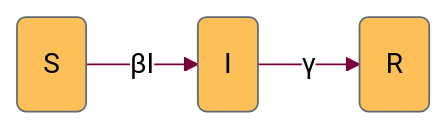
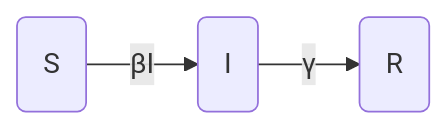
Before and after one commit to canmod/macpan2: the diagram in inst/starter_models/sir/README.md, drawn with Mermaid.

Commit message:
another mermaid test

````diff
--- a/inst/starter_models/sir/README.md
+++ b/inst/starter_models/sir/README.md
@@ -29,18 +29,5 @@
 ```mermaid
-%%{
-  init: {
-    'theme': 'base',
-    'themeVariables': {
-      'primaryColor': '#FDBF57',
-      'primaryTextColor': '#000',
-      'primaryBorderColor': '#5E6A71',
-      'lineColor': '#7A003C',
-      'secondaryColor': '#fff',
-      'tertiaryColor': '#fff'
-    }
-  }
-}%%
 flowchart LR;
     S(S) -- &beta;I-->  I(I);
     I -- &gamma; --> R(R);
 ```
````
